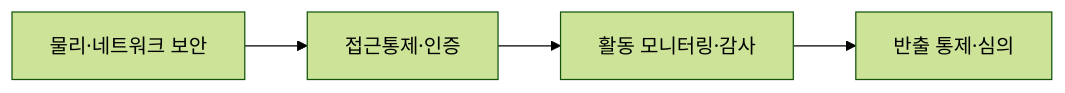
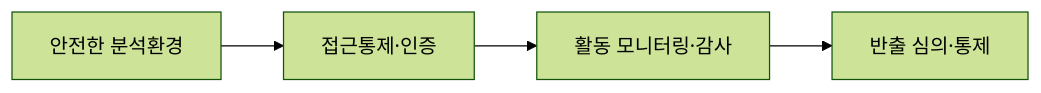
One commit to coninggu/wjdqhrhksflrltnftk changed the diagram in content/data-safe-zone.md. Above: the diagram before and after it, drawn with Mermaid (forest theme). The commit also changed other lines of this file and 19 other files, not shown here.

````diff
--- a/content/data-safe-zone.md
+++ b/content/data-safe-zone.md
@@ -22,6 +14,6 @@
 ```mermaid
 flowchart LR
-  P[물리·네트워크 보안] --> A[접근통제·인증]
-  A --> M[활동 모니터링·감사]
-  M --> R[반출 통제·심의]
+  A[안전한 분석환경] --> B[접근통제·인증]
+  B --> C[활동 모니터링·감사]
+  C --> D[반출 심의·통제]
 ```
````
